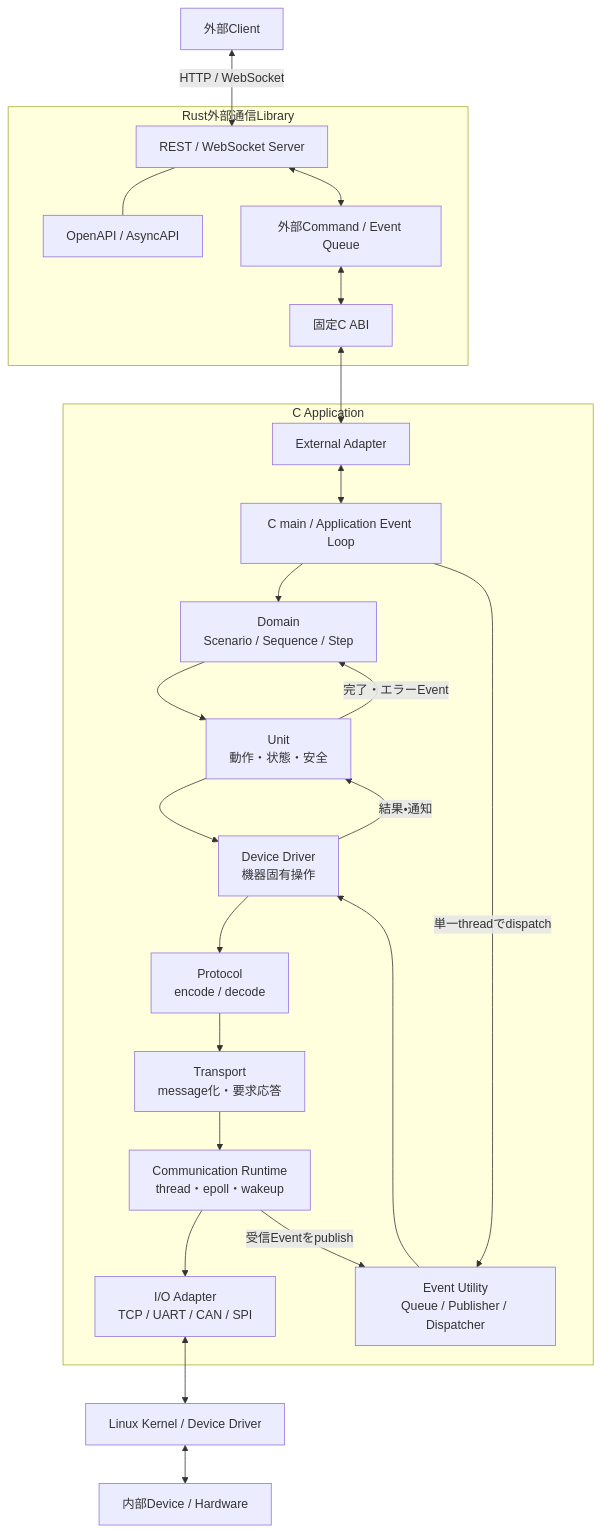
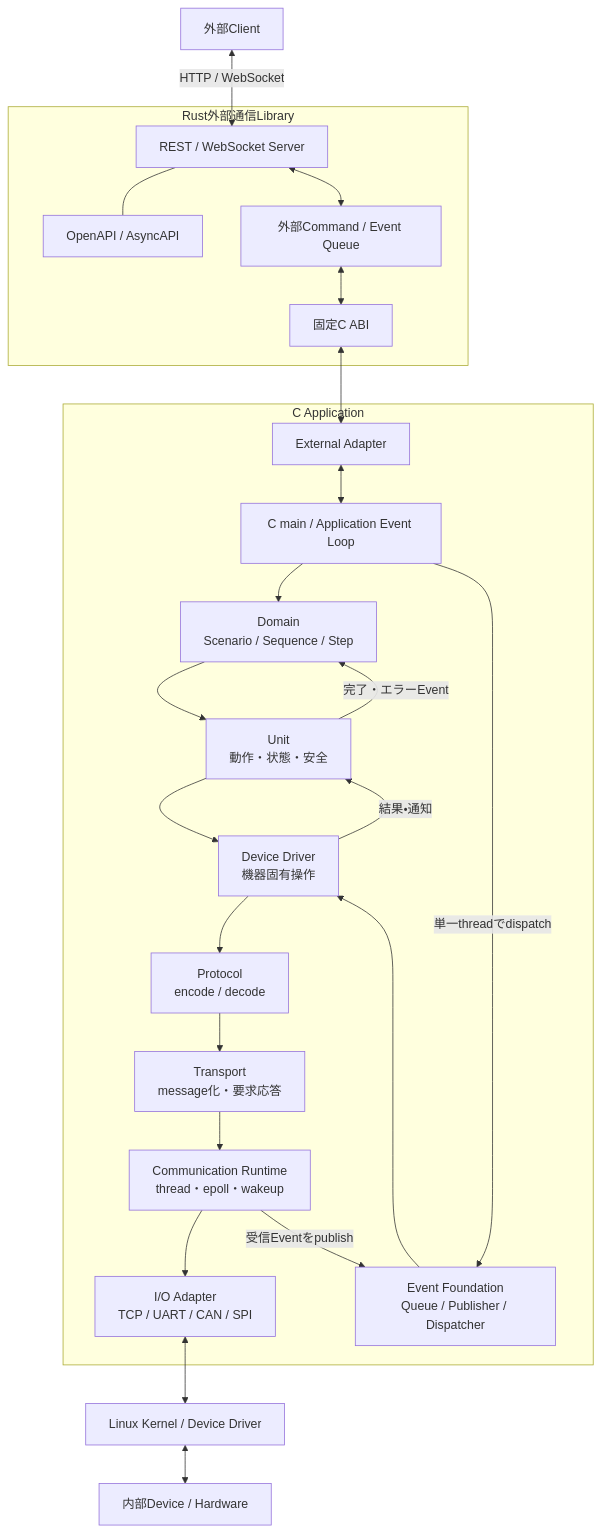
Before and after one commit to kingoro/sample-sandbox: the first of 6 diagrams in src/unit/architecture.md, drawn with Mermaid. The commit also changed other lines of this file and 203 other files, not shown here.

````diff
--- a/src/unit/architecture.md
+++ b/src/unit/architecture.md
@@ -14,50 +14,50 @@
 ```mermaid
 flowchart TD
     Client["外部Client"]
 
     subgraph RustLibrary["Rust外部通信Library"]
         ExternalServer["REST / WebSocket Server"]
         ExternalSchema["OpenAPI / AsyncAPI"]
         ExternalQueue["外部Command / Event Queue"]
         ExternalABI["固定C ABI"]
     end
 
     subgraph CApplication["C Application"]
         Main["C main / Application Event Loop"]
         ExternalAdapter["External Adapter"]
         Domain["Domain<br/>Scenario / Sequence / Step"]
         Unit["Unit<br/>動作・状態・安全"]
         Driver["Device Driver<br/>機器固有操作"]
         Protocol["Protocol<br/>encode / decode"]
         Transport["Transport<br/>message化・要求応答"]
         Runtime["Communication Runtime<br/>thread・epoll・wakeup"]
         IO["I/O Adapter<br/>TCP / UART / CAN / SPI"]
-        Event["Event Utility<br/>Queue / Publisher / Dispatcher"]
+        Event["Event Foundation<br/>Queue / Publisher / Dispatcher"]
     end
 
     Kernel["Linux Kernel / Device Driver"]
     Device["内部Device / Hardware"]
 
     Client <-->|"HTTP / WebSocket"| ExternalServer
     ExternalServer --- ExternalSchema
     ExternalServer <--> ExternalQueue
     ExternalQueue <--> ExternalABI
     ExternalABI <--> ExternalAdapter
     ExternalAdapter <--> Main
 
     Main --> Domain
     Domain --> Unit
     Unit --> Driver
     Driver --> Protocol
     Protocol --> Transport
     Transport --> Runtime
     Runtime --> IO
     IO <--> Kernel
     Kernel <--> Device
 
     Runtime -->|"受信Eventをpublish"| Event
     Main -->|"単一threadでdispatch"| Event
     Event --> Driver
     Driver -->|"結果・通知"| Unit
     Unit -->|"完了・エラーEvent"| Domain
 ```
````
